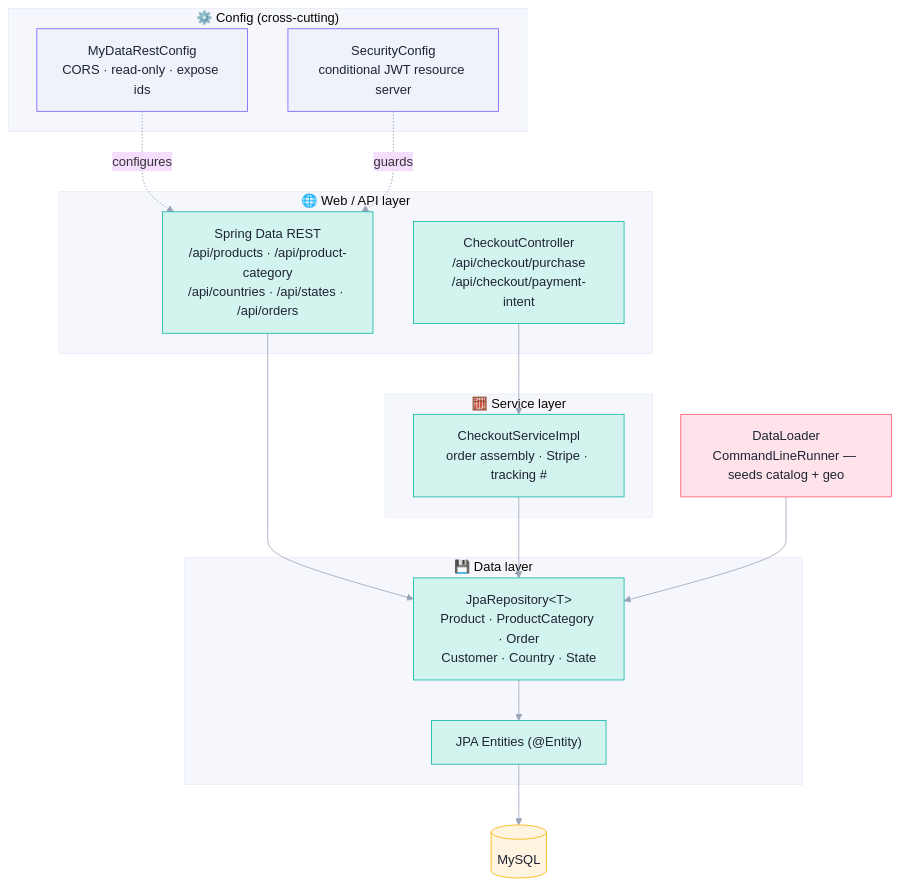
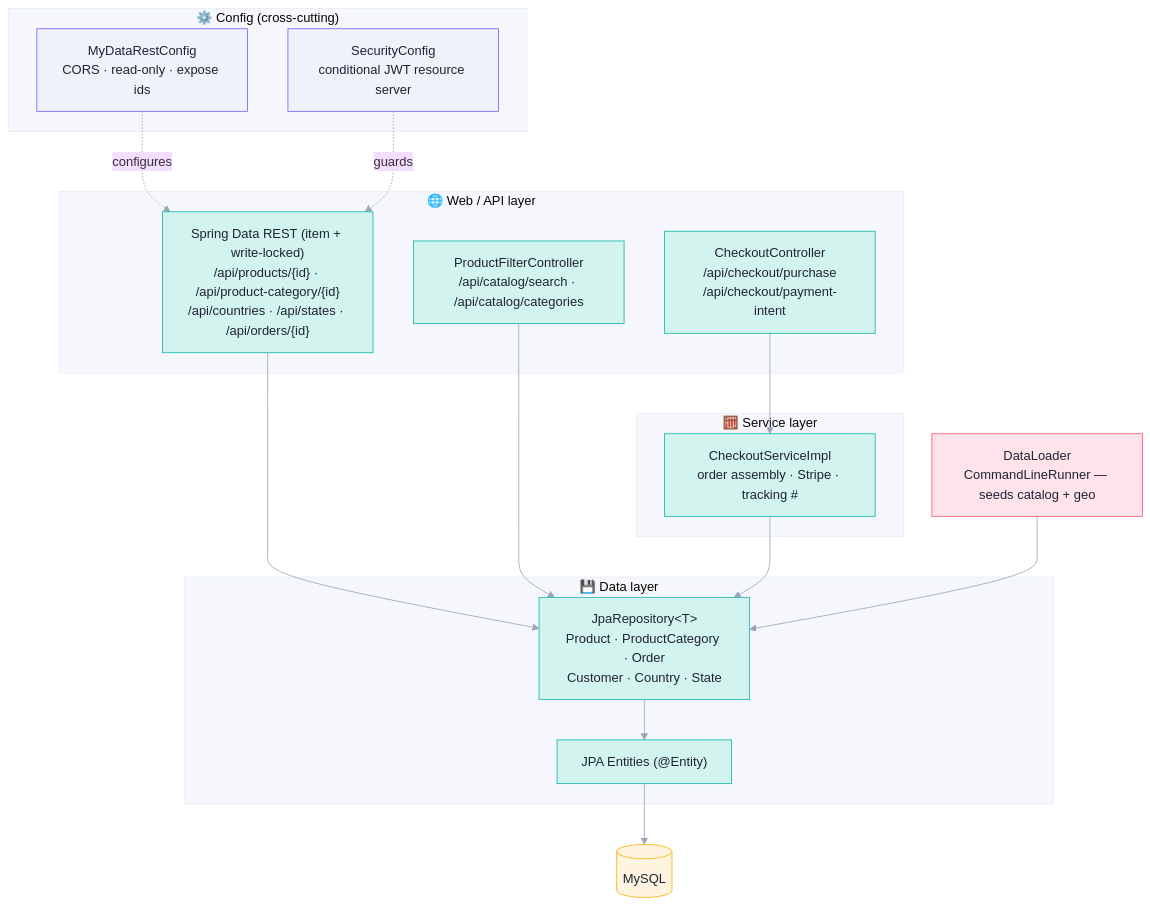
Before and after one commit to bbobbylon/AngularECommerceApp: the second of 6 diagrams in docs/ARCHITECTURE.md, drawn with Mermaid. The commit also changed other lines of this file and 18 other files, not shown here.

````diff
--- a/docs/ARCHITECTURE.md
+++ b/docs/ARCHITECTURE.md
@@ -67,33 +81,35 @@
 ```mermaid
 %%{init: {'theme':'base','themeVariables':{'fontFamily':'DM Sans, system-ui, sans-serif','lineColor':'#9aa3b8','clusterBkg':'#f5f7fd','clusterBorder':'#e7ecf7','clusterTextColor':'#1e2435'}}}%%
 flowchart TD
   subgraph web["🌐  Web / API layer"]
-    rest["Spring Data REST<br/>/api/products · /api/product-category<br/>/api/countries · /api/states · /api/orders"]:::be
+    rest["Spring Data REST (item + write-locked)<br/>/api/products/{id} · /api/product-category/{id}<br/>/api/countries · /api/states · /api/orders/{id}"]:::be
+    cat["ProductFilterController<br/>/api/catalog/search · /api/catalog/categories"]:::be
     cc["CheckoutController<br/>/api/checkout/purchase<br/>/api/checkout/payment-intent"]:::be
   end
   subgraph cfg["⚙️  Config (cross-cutting)"]
     cors["MyDataRestConfig<br/>CORS · read-only · expose ids"]:::cfg
     sec["SecurityConfig<br/>conditional JWT resource server"]:::cfg
   end
   subgraph svc["🧮  Service layer"]
     chk["CheckoutServiceImpl<br/>order assembly · Stripe · tracking #"]:::be
   end
   subgraph data["💾  Data layer"]
     repos["JpaRepository&lt;T&gt;<br/>Product · ProductCategory · Order<br/>Customer · Country · State"]:::be
     ent["JPA Entities (@Entity)"]:::be
   end
   seed["DataLoader<br/>CommandLineRunner — seeds catalog + geo"]:::accent
   db[("MySQL")]:::db
 
   rest --> repos
+  cat --> repos
   cc --> chk --> repos
   repos --> ent --> db
   seed --> repos
   cors -. configures .-> rest
   sec -. guards .-> rest
 
   classDef be fill:#d3f3ef,stroke:#10b6a6,color:#1e2435;
   classDef cfg fill:#eef2fb,stroke:#7c5cff,color:#1e2435;
   classDef accent fill:#ffe3ea,stroke:#ff5470,color:#1e2435;
   classDef db fill:#fff4e0,stroke:#f5b400,color:#1e2435;
 ```
````
